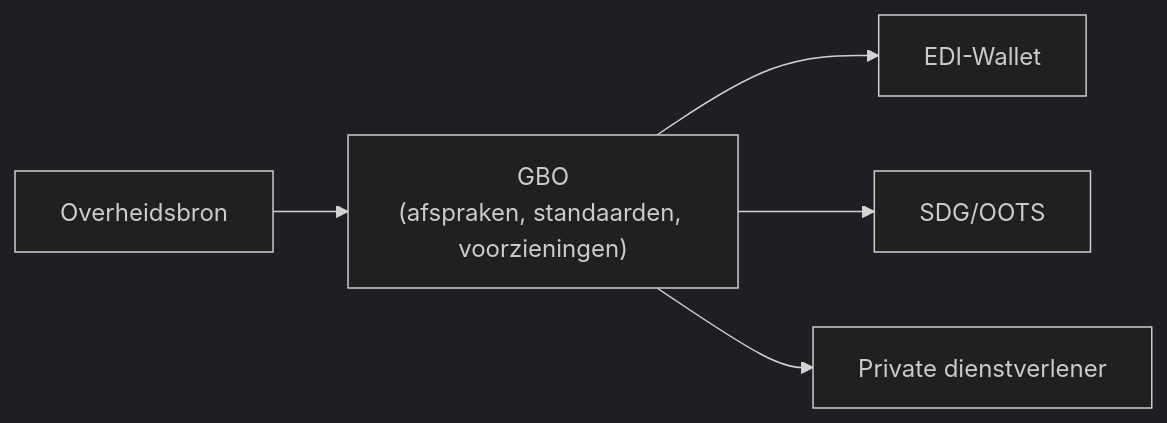
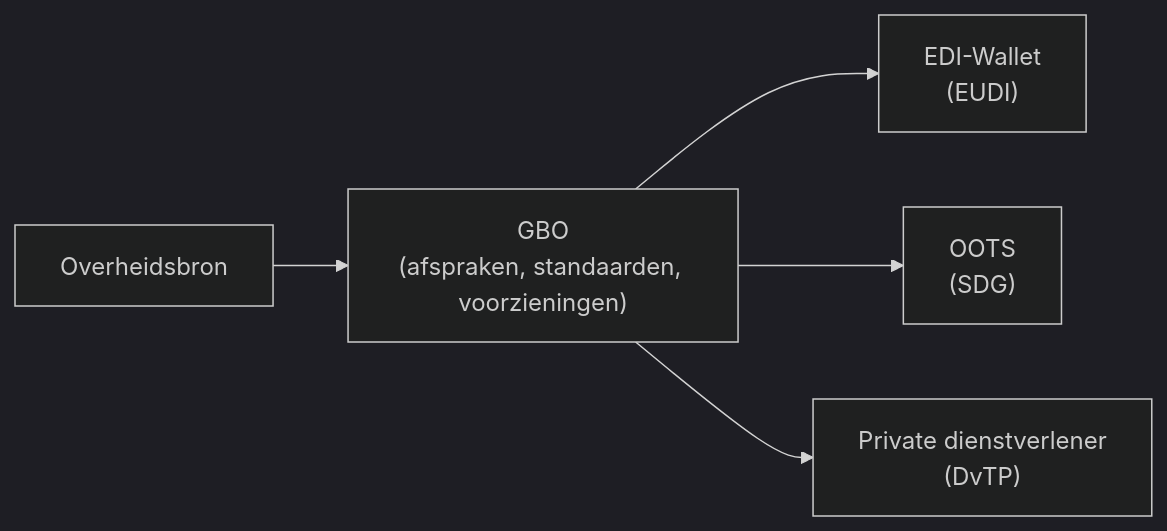
One commit to ICTU/GBO-GO changed the diagram in pr-preview/pr-10/diagrammen/context-diagram.mmd. Above: the diagram before and after it, drawn with Mermaid (dark theme). The commit also changed 6 other files, not shown here.

```diff
--- a/pr-preview/pr-10/diagrammen/context-diagram.mmd
+++ b/pr-preview/pr-10/diagrammen/context-diagram.mmd
@@ -1,13 +1,12 @@
 flowchart LR
 
 Bronhouder["Overheidsbron"]
-DvTP["GBO
-(afspraken, standaarden, voorzieningen)"]
-Wallet["EDI-Wallet"]
-SDG["SDG/OOTS"]
-Privaat["Private dienstverlener"]
+DvTP["GBO<br />(afspraken, standaarden, voorzieningen)"]
+Wallet["EDI-Wallet<br/>(EUDI)"]
+SDG["OOTS<br/>(SDG)"]
+Privaat["Private dienstverlener<br/>(DvTP)"]
 
 Bronhouder --> DvTP
 DvTP --> Wallet
 DvTP --> SDG
 DvTP --> Privaat
```
